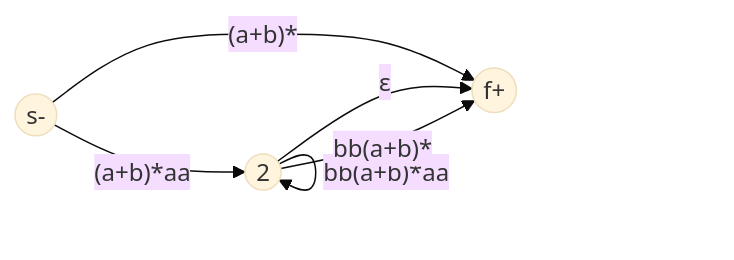
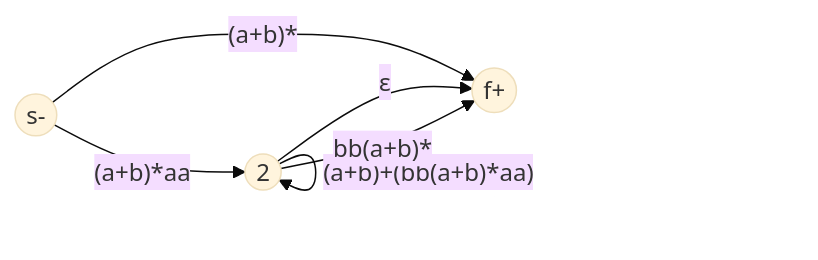
Before and after one commit to ufidon/ct: the ninth of 17 diagrams in review/mid/README.md, drawn with Mermaid (base theme). The commit also changed other lines of this file and 2 other files, not shown here.

Commit message:
broken mermaid

````diff
--- a/review/mid/README.md
+++ b/review/mid/README.md
@@ -208,13 +208,12 @@
 ```mermaid
 flowchart LR
   s(("s-"))
   p2(("2"))
   f(("f+"))
 
   s-->|"(a+b)*aa"|p2
   s-->|"(a+b)*"|f
-  p2-->|"a+b"|p2
-  p2-->|"bb(a+b)*aa"|p2
+  p2-->|"(a+b)+(bb(a+b)*aa)"|p2
   p2-->|ε|f
   p2-->|"bb(a+b)*"|f
 ```
````
